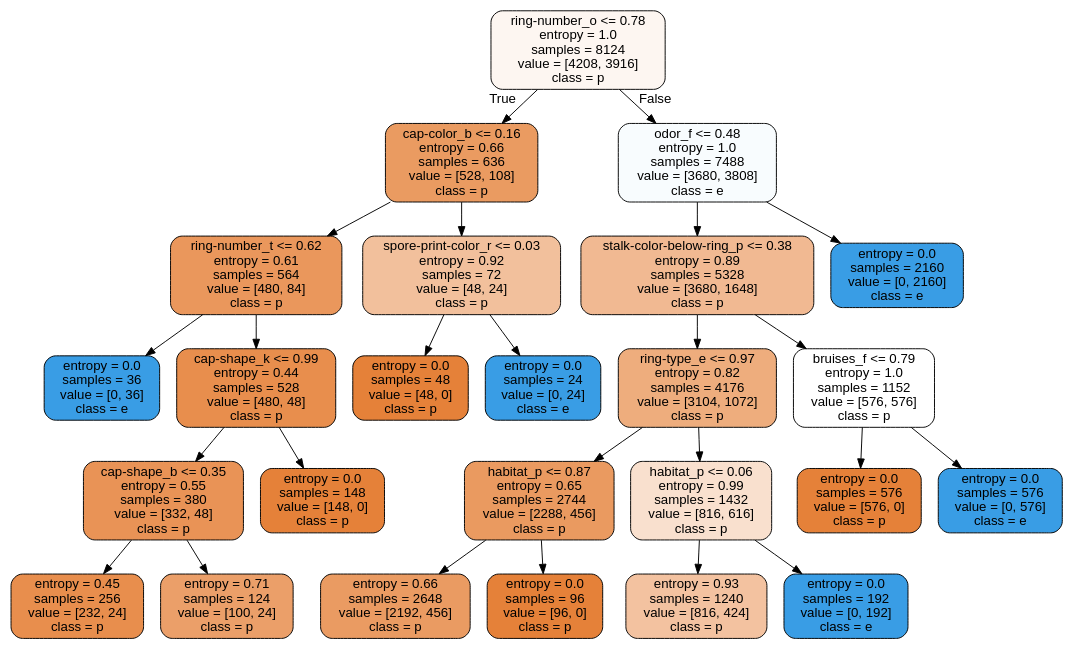
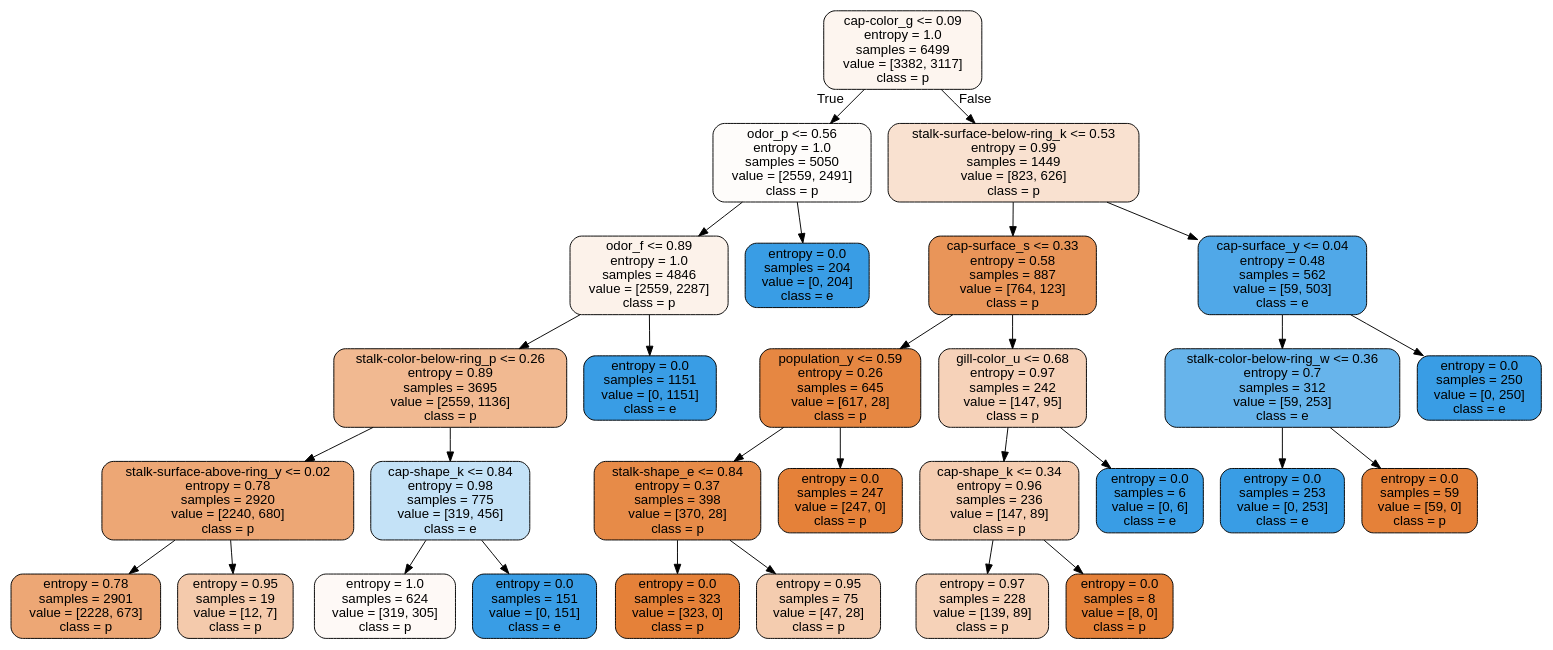
One commit to radroid/ml-algorithms-assignments changed the diagram in decision_trees_assignment_4/notebooks/tree2.dot. Above: the diagram before and after it, drawn with Graphviz. The commit also changed 3 other files, not shown here.

Commit message:
Update tree diagrams

```diff
--- a/decision_trees_assignment_4/notebooks/tree2.dot
+++ b/decision_trees_assignment_4/notebooks/tree2.dot
@@ -1,53 +1,61 @@
 digraph Tree {
 node [shape=box, style="filled, rounded", color="black", fontname=helvetica] ;
 edge [fontname=helvetica] ;
-0 [label="ring-number_o <= 0.78\nentropy = 1.0\nsamples = 8124\nvalue = [4208, 3916]\nclass = p", fillcolor="#fdf6f1"] ;
-1 [label="cap-color_b <= 0.16\nentropy = 0.66\nsamples = 636\nvalue = [528, 108]\nclass = p", fillcolor="#ea9b61"] ;
+0 [label="cap-color_g <= 0.09\nentropy = 1.0\nsamples = 6499\nvalue = [3382, 3117]\nclass = p", fillcolor="#fdf5ef"] ;
+1 [label="odor_p <= 0.56\nentropy = 1.0\nsamples = 5050\nvalue = [2559, 2491]\nclass = p", fillcolor="#fefcfa"] ;
 0 -> 1 [labeldistance=2.5, labelangle=45, headlabel="True"] ;
-2 [label="ring-number_t <= 0.62\nentropy = 0.61\nsamples = 564\nvalue = [480, 84]\nclass = p", fillcolor="#ea975c"] ;
+2 [label="odor_f <= 0.89\nentropy = 1.0\nsamples = 4846\nvalue = [2559, 2287]\nclass = p", fillcolor="#fcf2ea"] ;
 1 -> 2 ;
-3 [label="entropy = 0.0\nsamples = 36\nvalue = [0, 36]\nclass = e", fillcolor="#399de5"] ;
+3 [label="stalk-color-below-ring_p <= 0.26\nentropy = 0.89\nsamples = 3695\nvalue = [2559, 1136]\nclass = p", fillcolor="#f1b991"] ;
 2 -> 3 ;
-4 [label="cap-shape_k <= 0.99\nentropy = 0.44\nsamples = 528\nvalue = [480, 48]\nclass = p", fillcolor="#e88e4d"] ;
-2 -> 4 ;
-5 [label="cap-shape_b <= 0.35\nentropy = 0.55\nsamples = 380\nvalue = [332, 48]\nclass = p", fillcolor="#e99356"] ;
+4 [label="stalk-surface-above-ring_y <= 0.02\nentropy = 0.78\nsamples = 2920\nvalue = [2240, 680]\nclass = p", fillcolor="#eda775"] ;
+3 -> 4 ;
+5 [label="entropy = 0.78\nsamples = 2901\nvalue = [2228, 673]\nclass = p", fillcolor="#eda775"] ;
 4 -> 5 ;
-6 [label="entropy = 0.45\nsamples = 256\nvalue = [232, 24]\nclass = p", fillcolor="#e88e4d"] ;
-5 -> 6 ;
-7 [label="entropy = 0.71\nsamples = 124\nvalue = [100, 24]\nclass = p", fillcolor="#eb9f69"] ;
-5 -> 7 ;
-8 [label="entropy = 0.0\nsamples = 148\nvalue = [148, 0]\nclass = p", fillcolor="#e58139"] ;
-4 -> 8 ;
-9 [label="spore-print-color_r <= 0.03\nentropy = 0.92\nsamples = 72\nvalue = [48, 24]\nclass = p", fillcolor="#f2c09c"] ;
-1 -> 9 ;
-10 [label="entropy = 0.0\nsamples = 48\nvalue = [48, 0]\nclass = p", fillcolor="#e58139"] ;
-9 -> 10 ;
-11 [label="entropy = 0.0\nsamples = 24\nvalue = [0, 24]\nclass = e", fillcolor="#399de5"] ;
-9 -> 11 ;
-12 [label="odor_f <= 0.48\nentropy = 1.0\nsamples = 7488\nvalue = [3680, 3808]\nclass = e", fillcolor="#f8fcfe"] ;
+6 [label="entropy = 0.95\nsamples = 19\nvalue = [12, 7]\nclass = p", fillcolor="#f4caac"] ;
+4 -> 6 ;
+7 [label="cap-shape_k <= 0.84\nentropy = 0.98\nsamples = 775\nvalue = [319, 456]\nclass = e", fillcolor="#c4e2f7"] ;
+3 -> 7 ;
+8 [label="entropy = 1.0\nsamples = 624\nvalue = [319, 305]\nclass = p", fillcolor="#fef9f6"] ;
+7 -> 8 ;
+9 [label="entropy = 0.0\nsamples = 151\nvalue = [0, 151]\nclass = e", fillcolor="#399de5"] ;
+7 -> 9 ;
+10 [label="entropy = 0.0\nsamples = 1151\nvalue = [0, 1151]\nclass = e", fillcolor="#399de5"] ;
+2 -> 10 ;
+11 [label="entropy = 0.0\nsamples = 204\nvalue = [0, 204]\nclass = e", fillcolor="#399de5"] ;
+1 -> 11 ;
+12 [label="stalk-surface-below-ring_k <= 0.53\nentropy = 0.99\nsamples = 1449\nvalue = [823, 626]\nclass = p", fillcolor="#f9e1d0"] ;
 0 -> 12 [labeldistance=2.5, labelangle=-45, headlabel="False"] ;
-13 [label="stalk-color-below-ring_p <= 0.38\nentropy = 0.89\nsamples = 5328\nvalue = [3680, 1648]\nclass = p", fillcolor="#f1b992"] ;
+13 [label="cap-surface_s <= 0.33\nentropy = 0.58\nsamples = 887\nvalue = [764, 123]\nclass = p", fillcolor="#e99559"] ;
 12 -> 13 ;
-14 [label="ring-type_e <= 0.97\nentropy = 0.82\nsamples = 4176\nvalue = [3104, 1072]\nclass = p", fillcolor="#eead7d"] ;
+14 [label="population_y <= 0.59\nentropy = 0.26\nsamples = 645\nvalue = [617, 28]\nclass = p", fillcolor="#e68742"] ;
 13 -> 14 ;
-15 [label="habitat_p <= 0.87\nentropy = 0.65\nsamples = 2744\nvalue = [2288, 456]\nclass = p", fillcolor="#ea9a60"] ;
+15 [label="stalk-shape_e <= 0.84\nentropy = 0.37\nsamples = 398\nvalue = [370, 28]\nclass = p", fillcolor="#e78b48"] ;
 14 -> 15 ;
-16 [label="entropy = 0.66\nsamples = 2648\nvalue = [2192, 456]\nclass = p", fillcolor="#ea9b62"] ;
+16 [label="entropy = 0.0\nsamples = 323\nvalue = [323, 0]\nclass = p", fillcolor="#e58139"] ;
 15 -> 16 ;
-17 [label="entropy = 0.0\nsamples = 96\nvalue = [96, 0]\nclass = p", fillcolor="#e58139"] ;
+17 [label="entropy = 0.95\nsamples = 75\nvalue = [47, 28]\nclass = p", fillcolor="#f4ccaf"] ;
 15 -> 17 ;
-18 [label="habitat_p <= 0.06\nentropy = 0.99\nsamples = 1432\nvalue = [816, 616]\nclass = p", fillcolor="#f9e0ce"] ;
+18 [label="entropy = 0.0\nsamples = 247\nvalue = [247, 0]\nclass = p", fillcolor="#e58139"] ;
 14 -> 18 ;
-19 [label="entropy = 0.93\nsamples = 1240\nvalue = [816, 424]\nclass = p", fillcolor="#f3c2a0"] ;
-18 -> 19 ;
-20 [label="entropy = 0.0\nsamples = 192\nvalue = [0, 192]\nclass = e", fillcolor="#399de5"] ;
-18 -> 20 ;
-21 [label="bruises_f <= 0.79\nentropy = 1.0\nsamples = 1152\nvalue = [576, 576]\nclass = p", fillcolor="#ffffff"] ;
-13 -> 21 ;
-22 [label="entropy = 0.0\nsamples = 576\nvalue = [576, 0]\nclass = p", fillcolor="#e58139"] ;
-21 -> 22 ;
-23 [label="entropy = 0.0\nsamples = 576\nvalue = [0, 576]\nclass = e", fillcolor="#399de5"] ;
-21 -> 23 ;
-24 [label="entropy = 0.0\nsamples = 2160\nvalue = [0, 2160]\nclass = e", fillcolor="#399de5"] ;
+19 [label="gill-color_u <= 0.68\nentropy = 0.97\nsamples = 242\nvalue = [147, 95]\nclass = p", fillcolor="#f6d2b9"] ;
+13 -> 19 ;
+20 [label="cap-shape_k <= 0.34\nentropy = 0.96\nsamples = 236\nvalue = [147, 89]\nclass = p", fillcolor="#f5cdb1"] ;
+19 -> 20 ;
+21 [label="entropy = 0.97\nsamples = 228\nvalue = [139, 89]\nclass = p", fillcolor="#f6d2b8"] ;
+20 -> 21 ;
+22 [label="entropy = 0.0\nsamples = 8\nvalue = [8, 0]\nclass = p", fillcolor="#e58139"] ;
+20 -> 22 ;
+23 [label="entropy = 0.0\nsamples = 6\nvalue = [0, 6]\nclass = e", fillcolor="#399de5"] ;
+19 -> 23 ;
+24 [label="cap-surface_y <= 0.04\nentropy = 0.48\nsamples = 562\nvalue = [59, 503]\nclass = e", fillcolor="#50a8e8"] ;
 12 -> 24 ;
+25 [label="stalk-color-below-ring_w <= 0.36\nentropy = 0.7\nsamples = 312\nvalue = [59, 253]\nclass = e", fillcolor="#67b4eb"] ;
+24 -> 25 ;
+26 [label="entropy = 0.0\nsamples = 253\nvalue = [0, 253]\nclass = e", fillcolor="#399de5"] ;
+25 -> 26 ;
+27 [label="entropy = 0.0\nsamples = 59\nvalue = [59, 0]\nclass = p", fillcolor="#e58139"] ;
+25 -> 27 ;
+28 [label="entropy = 0.0\nsamples = 250\nvalue = [0, 250]\nclass = e", fillcolor="#399de5"] ;
+24 -> 28 ;
 }
```
